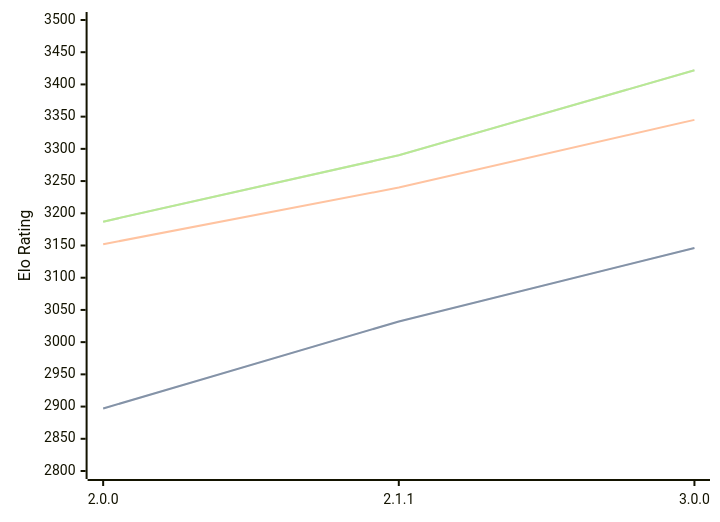
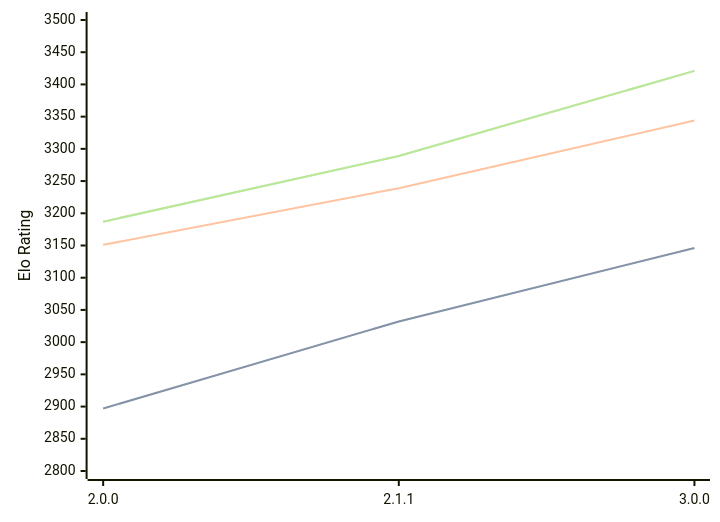
Before and after one commit to computer-chess-index/cci: the diagram in engines/Bread.md, drawn with Mermaid. The commit also changed other lines of this file, not shown here.

Commit message:
Update CCI Ratings (ELO VLTC) - 2026-04-17

````diff
--- a/engines/Bread.md
+++ b/engines/Bread.md
@@ -51,11 +51,11 @@
 ```mermaid
 %%{init: {"theme":"base","themeVariables":{"seriesColors:['#a3a3a3','#222221','#faa371']}}}%%
 xychart-beta
   x-axis ["2.0.0", "2.1.1", "3.0.0"]
   y-axis "Elo Rating" 2800 --> 3500
   line "STC (8.0+0.08s)" [2897, 3032, 3146]
   line "STC (8.0+0.08s)" [2897, 3032, 3146]
-  line "LTC (60.0+0.60s)" [3152, 3240, 3345]
-  line "VLTC (2m24s+1.12s)" [3187, 3290, 3422]
-  line "VLTC (2m24s+1.12s)" [3187, 3290, 3422]
+  line "LTC (60.0+0.60s)" [3151, 3239, 3344]
+  line "VLTC (2m24s+1.12s)" [3187, 3289, 3421]
+  line "VLTC (2m24s+1.12s)" [3187, 3289, 3421]
 ```
````
